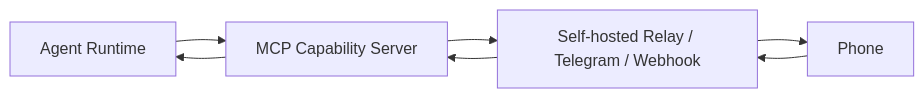
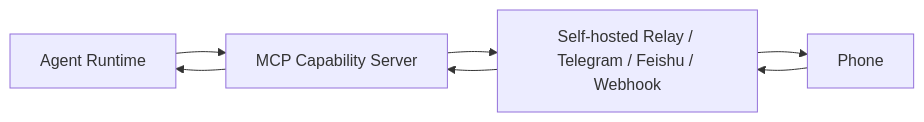
Before and after one commit to zhanex/legax: the first of 6 diagrams in docs/ARCHITECTURE.md, drawn with Mermaid. The commit also changed other lines of this file and 35 other files, not shown here.

````diff
--- a/docs/ARCHITECTURE.md
+++ b/docs/ARCHITECTURE.md
@@ -127,9 +130,9 @@
 ```mermaid
 flowchart LR
   Agent["Agent Runtime"] --> MCP["MCP Capability Server"]
-  MCP --> Relay["Self-hosted Relay / Telegram / Webhook"]
+  MCP --> Relay["Self-hosted Relay / Telegram / Feishu / Webhook"]
   Relay --> Phone["Phone"]
   Phone --> Relay
   Relay --> MCP
   MCP --> Agent
 ```
````
